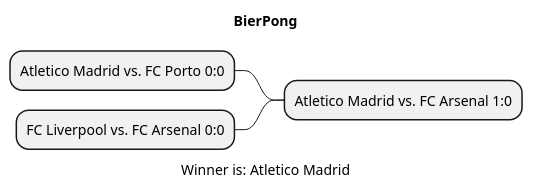
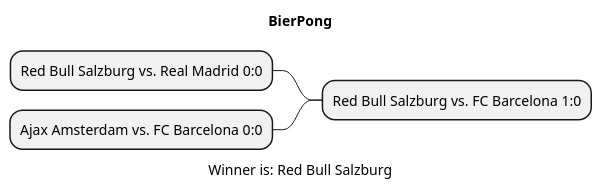
One commit to htl-leonding-project/2022-4ahif-autohaus changed the diagram in asciidocs/plantuml/Result.puml. Above: the diagram before and after it, drawn with PlantUML. The commit also changed 2 other files, not shown here.

```diff
--- a/asciidocs/plantuml/Result.puml
+++ b/asciidocs/plantuml/Result.puml
@@ -1,10 +1,10 @@
 @startmindmap BierPong.png
 title BierPong
 
-- Atletico Madrid vs. FC Arsenal 1:0
+- Red Bull Salzburg vs. FC Barcelona 1:0
 
--- Atletico Madrid vs. FC Porto 0:0
+-- Red Bull Salzburg vs. Real Madrid 0:0
 
--- FC Liverpool vs. FC Arsenal 0:0
-caption Winner is: Atletico Madrid
+-- Ajax Amsterdam vs. FC Barcelona 0:0
+caption Winner is: Red Bull Salzburg
 @endmindmap
```
